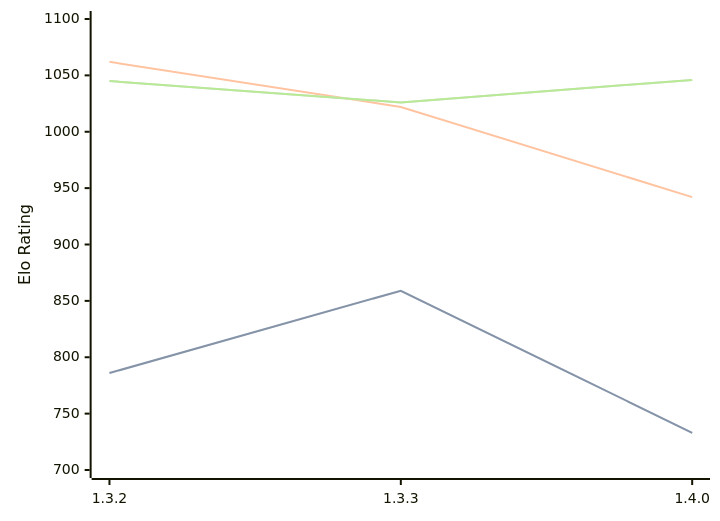
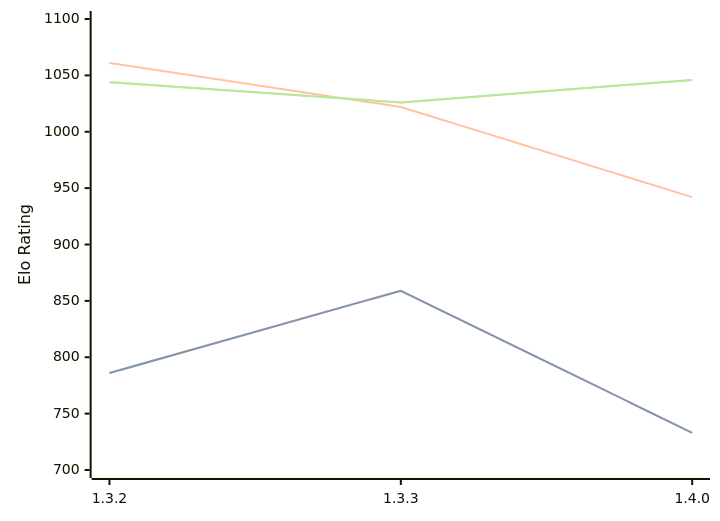
Before and after one commit to computer-chess-index/cci: the diagram in engines/Whitespine.md, drawn with Mermaid. The commit also changed other lines of this file, not shown here.

Commit message:
Update CCI Ratings (ELO VLTC) - 2026-09-21

````diff
--- a/engines/Whitespine.md
+++ b/engines/Whitespine.md
@@ -33,11 +33,11 @@
 ```mermaid
 %%{init: {"theme":"base","themeVariables":{"seriesColors:['#a3a3a3','#222221','#faa371']}}}%%
 xychart-beta
   x-axis ["1.3.2", "1.3.3", "1.4.0"]
   y-axis "Elo Rating" 700 --> 1100
   line "" [786, 859, 733]
   line "STC (8.0+0.08s)" [786, 859, 733]
-  line "LTC (60.0+0.60s)" [1062, 1022, 942]
-  line "" [1045, 1026, 1046]
-  line "VLTC (2m24s+1.12s)" [1045, 1026, 1046]
+  line "LTC (60.0+0.60s)" [1061, 1022, 942]
+  line "" [1044, 1026, 1046]
+  line "VLTC (2m24s+1.12s)" [1044, 1026, 1046]
 ```
````
